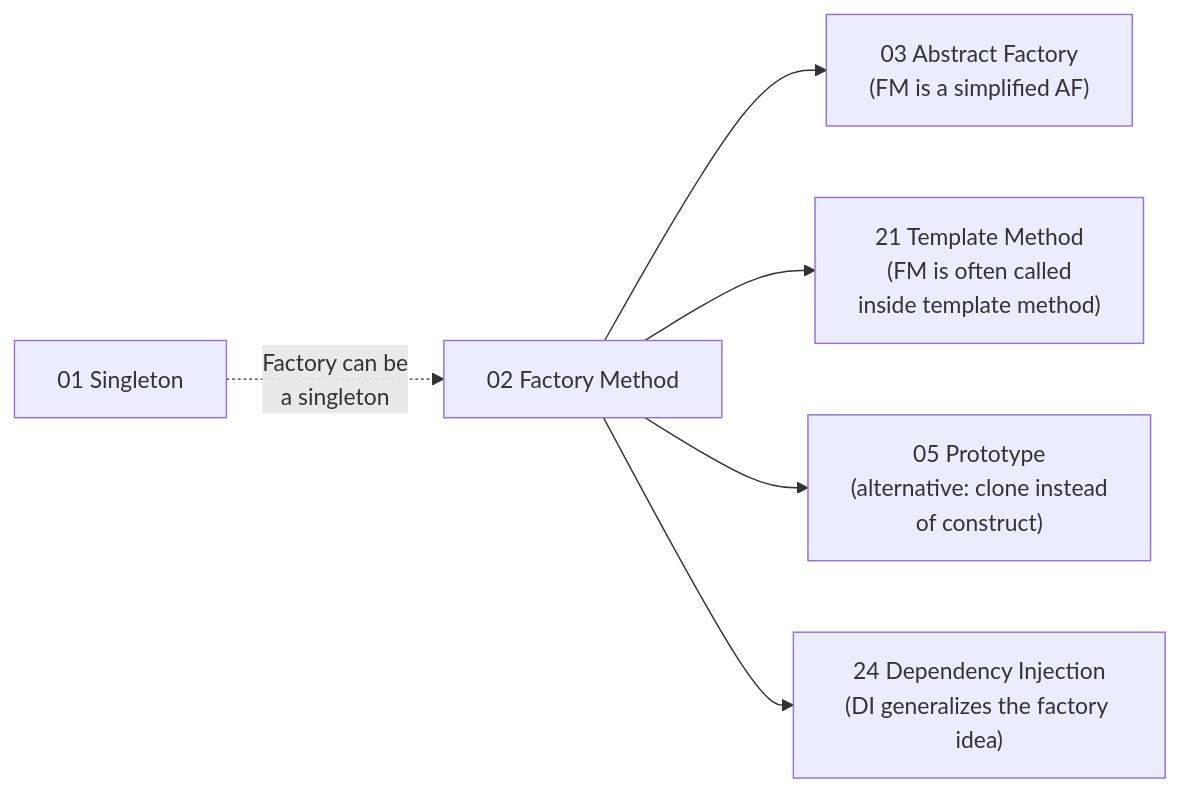
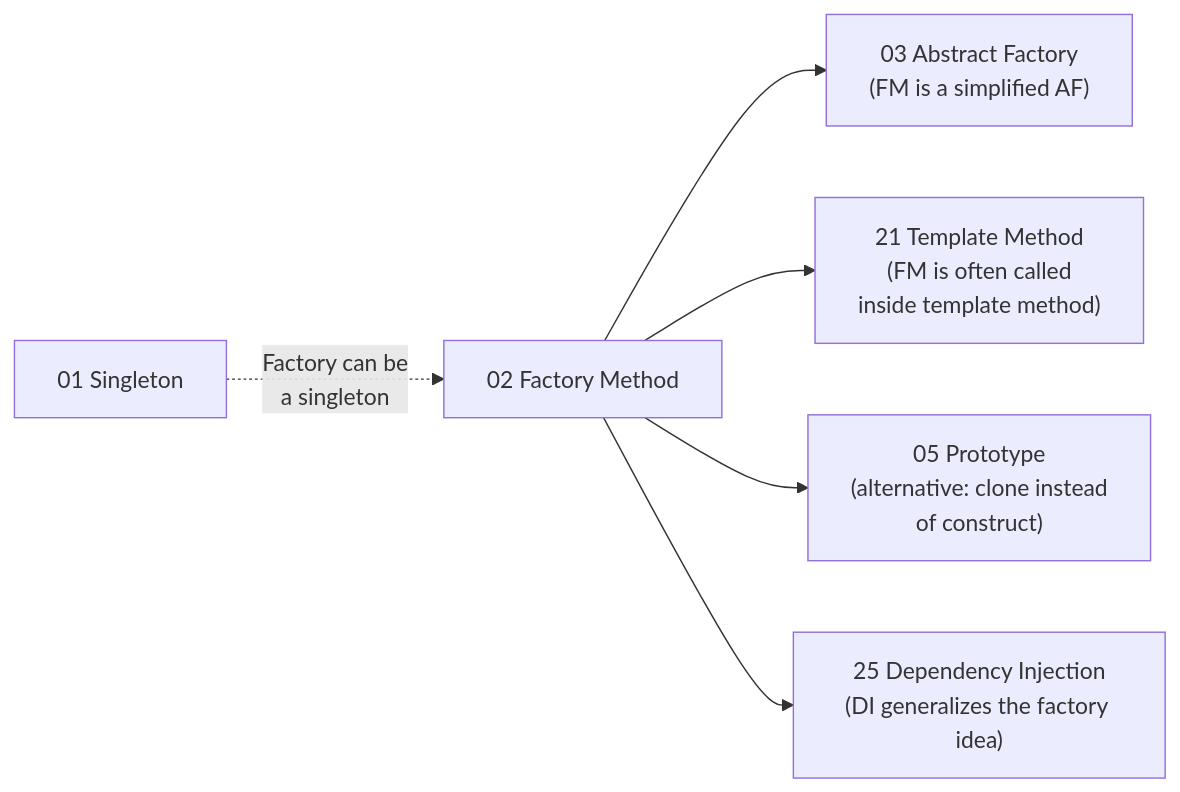
The fifth of 5 diagrams in 02 - Factory Method (Creational)/theory.md (vadde/DesignPatterns), drawn with Mermaid before and after one commit. The commit also changed 28 other files, not shown here.

````diff
--- a/02 - Factory Method (Creational)/theory.md
+++ b/02 - Factory Method (Creational)/theory.md
@@ -285,8 +285,8 @@
 ```mermaid
 graph LR
     FM["02 Factory Method"] --> AF["03 Abstract Factory<br/>(FM is a simplified AF)"]
     FM --> TM["21 Template Method<br/>(FM is often called<br/>inside template method)"]
     FM --> PR["05 Prototype<br/>(alternative: clone instead<br/>of construct)"]
-    FM --> DI["24 Dependency Injection<br/>(DI generalizes the factory idea)"]
+    FM --> DI["25 Dependency Injection<br/>(DI generalizes the factory idea)"]
     S["01 Singleton"] -.->|"Factory can be<br/>a singleton"| FM
 ```
````
